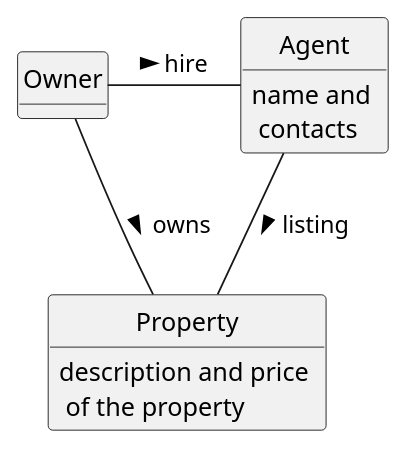
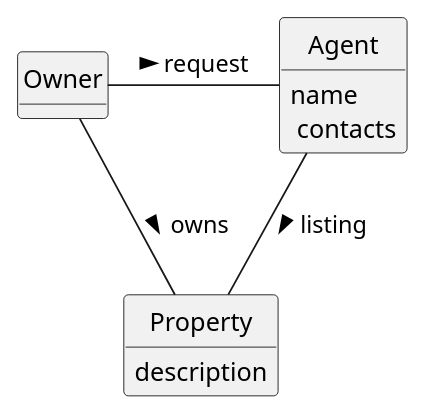
The diagram in docs/sprintA/us004/02.analysis/puml/us004-domain-model.puml (Rodrick0209/ISEP-LAPR2-22-23), drawn with PlantUML before and after one commit.

Commit message:
domain model (uss04)

```diff
--- a/docs/sprintA/us004/02.analysis/puml/us004-domain-model.puml
+++ b/docs/sprintA/us004/02.analysis/puml/us004-domain-model.puml
@@ -1,42 +1,42 @@
 @startuml
 skinparam monochrome true
 skinparam packageStyle rectangle
 skinparam shadowing false
 
 'left to right direction
 
 skinparam classAttributeIconSize 0
 
 hide circle
 hide methods
 
 'title Domain Model
 
 'class Platform {
 '  -description
 '}
 
 class Owner
 
 class Property  {
-   description and price \n of the property
+   description
 }
 
 class Agent {
-    name and \n contacts
+    name \n contacts
 }
 
 'class User {
 '    name
 '    email
 '    password
 '}
 
 'Platform  -- "*" Owner : has registered >
 'Platform -- "*" Category : defines >
-Owner  -Agent : hire >
+Owner  -Agent : request >
 Owner  - Property: owns >
 'Property  --  Real Estate Agent: created by >
 Agent  --  Property : listing >
 'Agent  --  User: acts as >
 @enduml
```
